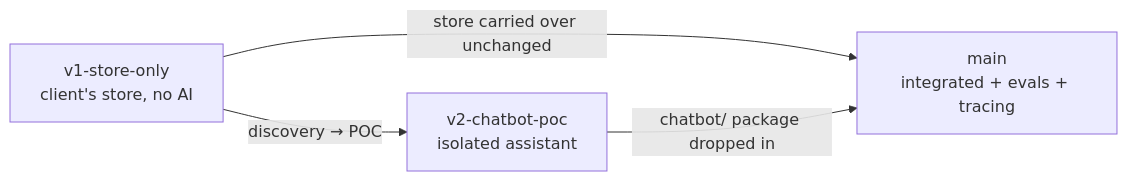
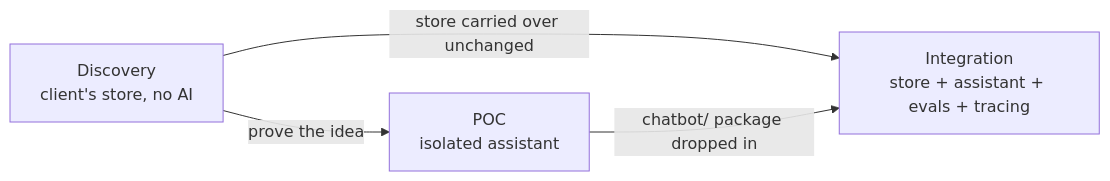
The third of 3 diagrams in README.md (Abhai26/luxe-ai-shopping-assistant), drawn with Mermaid before and after one commit. The commit also changed other lines of this file and 1 other file, not shown here.

````diff
--- a/README.md
+++ b/README.md
@@ -100,6 +100,6 @@
 ```mermaid
 flowchart LR
-    S1["v1-store-only<br/>client's store, no AI"] -->|"discovery → POC"| S2["v2-chatbot-poc<br/>isolated assistant"]
-    S1 -->|"store carried over unchanged"| M["main<br/>integrated + evals + tracing"]
+    S1["Discovery<br/>client's store, no AI"] -->|"prove the idea"| S2["POC<br/>isolated assistant"]
+    S1 -->|"store carried over unchanged"| M["Integration<br/>store + assistant + evals + tracing"]
     S2 -->|"chatbot/ package dropped in"| M
 ```
````
